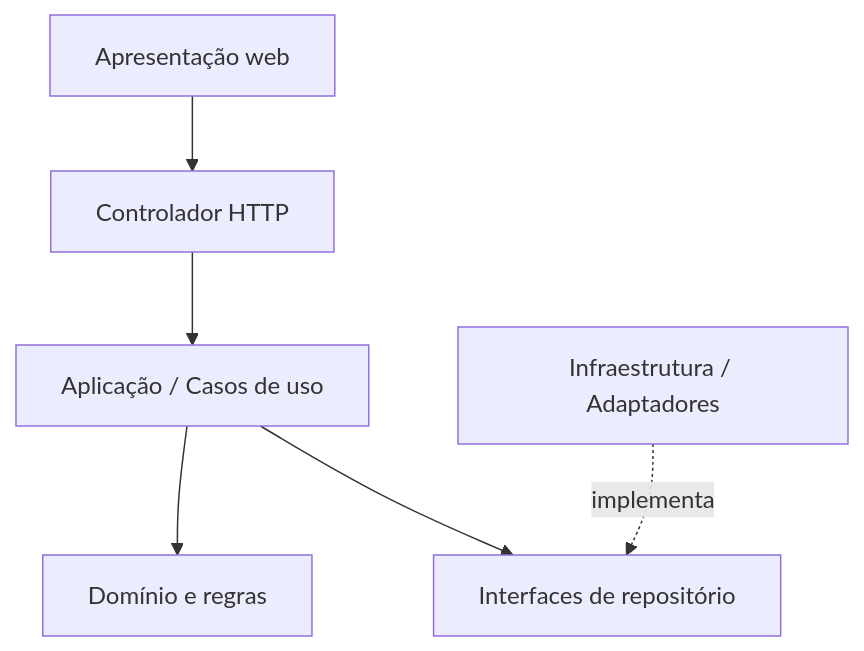
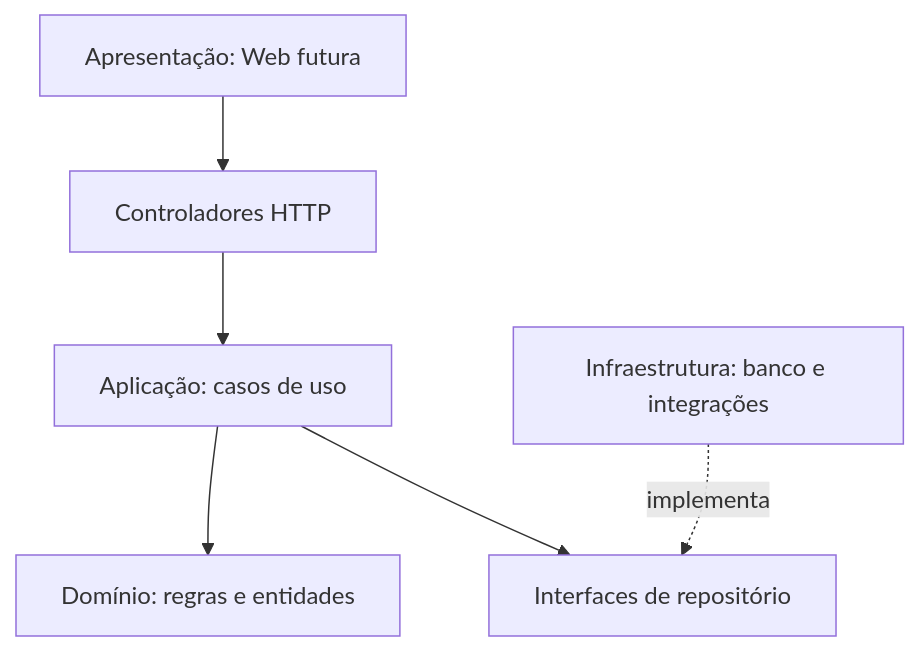
Before and after one commit to lionzionion/quimiport-fiap-fase01-proposta-tecnica: the third of 3 diagrams in docs/06-diagramas.md, drawn with Mermaid. The commit also changed other lines of this file and 13 other files, not shown here.

````diff
--- a/docs/06-diagramas.md
+++ b/docs/06-diagramas.md
@@ -77,8 +95,8 @@
 ```mermaid
 flowchart TD
-  UI[Apresentação web] --> HTTP[Controlador HTTP]
-  HTTP --> APP[Aplicação / Casos de uso]
-  APP --> DOM[Domínio e regras]
+  UI[Apresentação: Web futura] --> API[Controladores HTTP]
+  API --> APP[Aplicação: casos de uso]
+  APP --> DOM[Domínio: regras e entidades]
   APP --> PORT[Interfaces de repositório]
-  INF[Infraestrutura / Adaptadores] -. implementa .-> PORT
+  INF[Infraestrutura: banco e integrações] -. implementa .-> PORT
 ```
````
